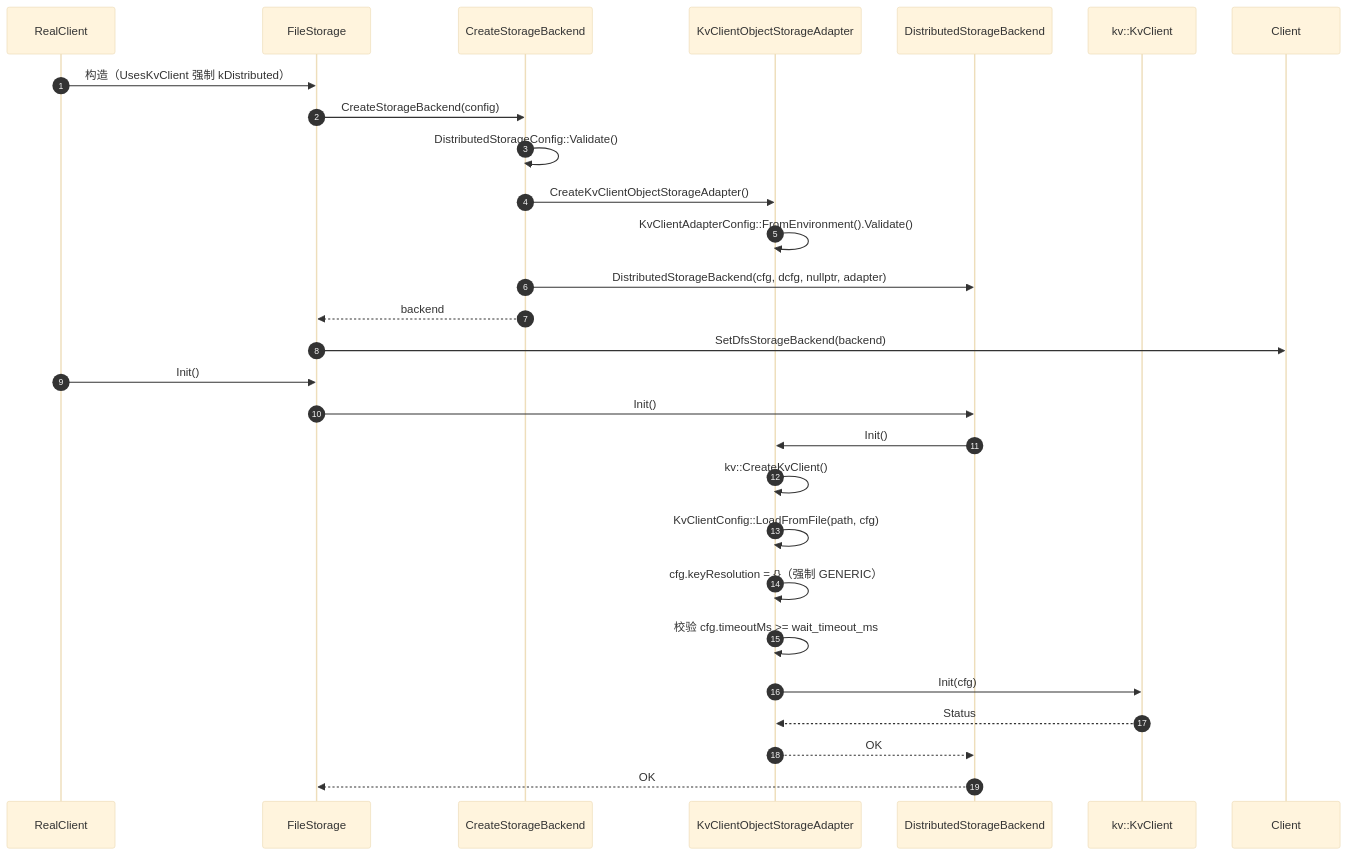
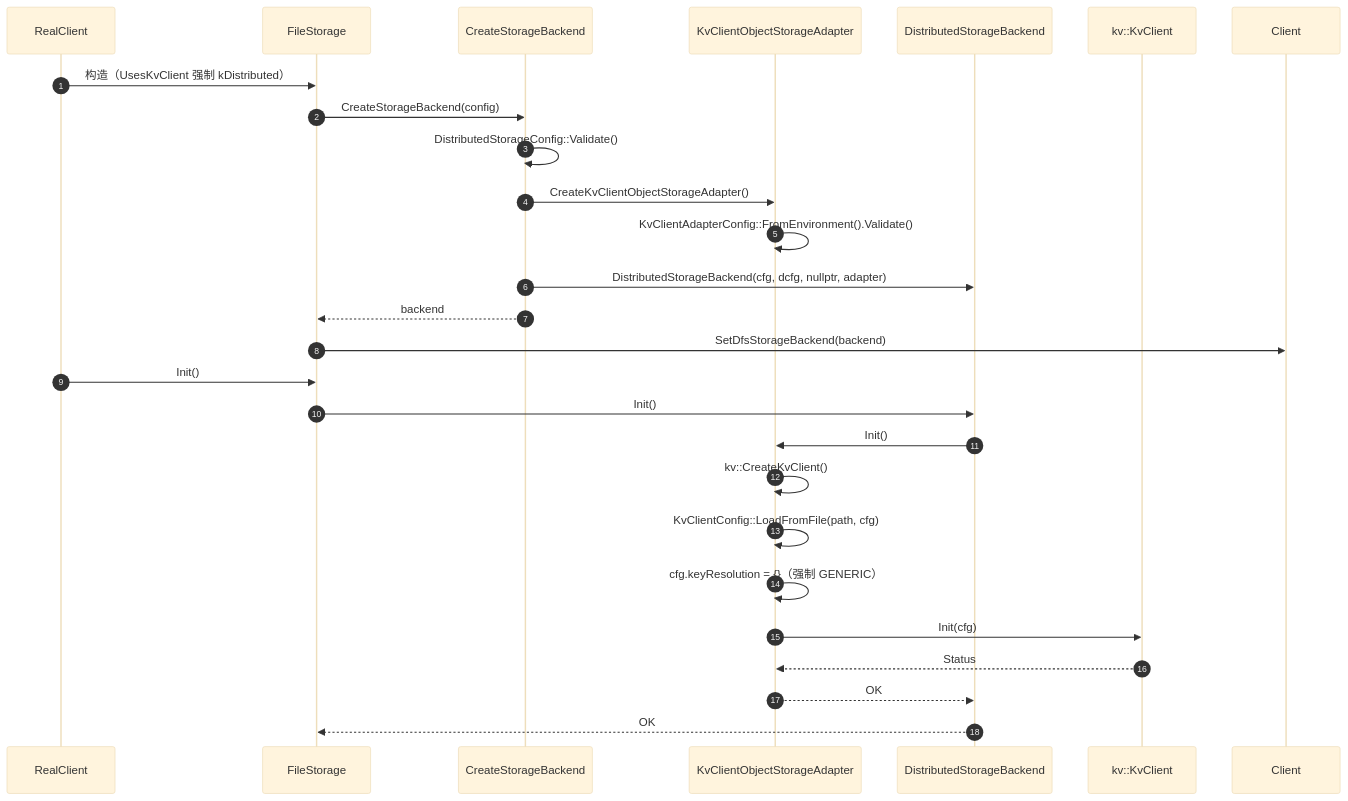
The third of 9 diagrams in Mooncake + KVClient L3 接入（Kvcs）- PR 实施设计.md (zwj20000328-dotcom/Mooncake-documents), drawn with Mermaid (base theme) before and after one commit. The commit also changed other lines of this file and 3 other files, not shown here.

````diff
--- a/Mooncake + KVClient L3 接入（Kvcs）- PR 实施设计.md
+++ b/Mooncake + KVClient L3 接入（Kvcs）- PR 实施设计.md
@@ -129,31 +127,30 @@
 ```mermaid
 sequenceDiagram
     autonumber
     participant RC as RealClient
     participant FS as FileStorage
     participant F as CreateStorageBackend
     participant AD as KvClientObjectStorageAdapter
     participant BE as DistributedStorageBackend
     participant SDK as kv::KvClient
     participant C as Client
 
     RC->>FS: 构造（UsesKvClient 强制 kDistributed）
     FS->>F: CreateStorageBackend(config)
     F->>F: DistributedStorageConfig::Validate()
     F->>AD: CreateKvClientObjectStorageAdapter()
     AD->>AD: KvClientAdapterConfig::FromEnvironment().Validate()
     F->>BE: DistributedStorageBackend(cfg, dcfg, nullptr, adapter)
     F-->>FS: backend
     FS->>C: SetDfsStorageBackend(backend)
     RC->>FS: Init()
     FS->>BE: Init()
     BE->>AD: Init()
     AD->>AD: kv::CreateKvClient()
     AD->>AD: KvClientConfig::LoadFromFile(path, cfg)
     AD->>AD: cfg.keyResolution = {}（强制 GENERIC）
-    AD->>AD: 校验 cfg.timeoutMs >= wait_timeout_ms
     AD->>SDK: Init(cfg)
     SDK-->>AD: Status
     AD-->>BE: OK
     BE-->>FS: OK
 ```
````
